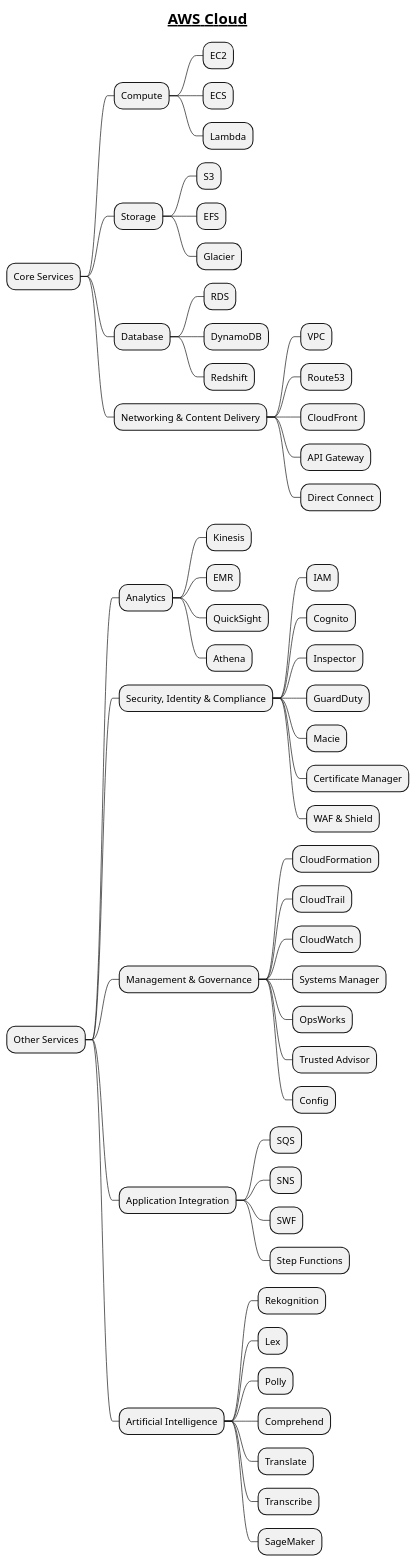
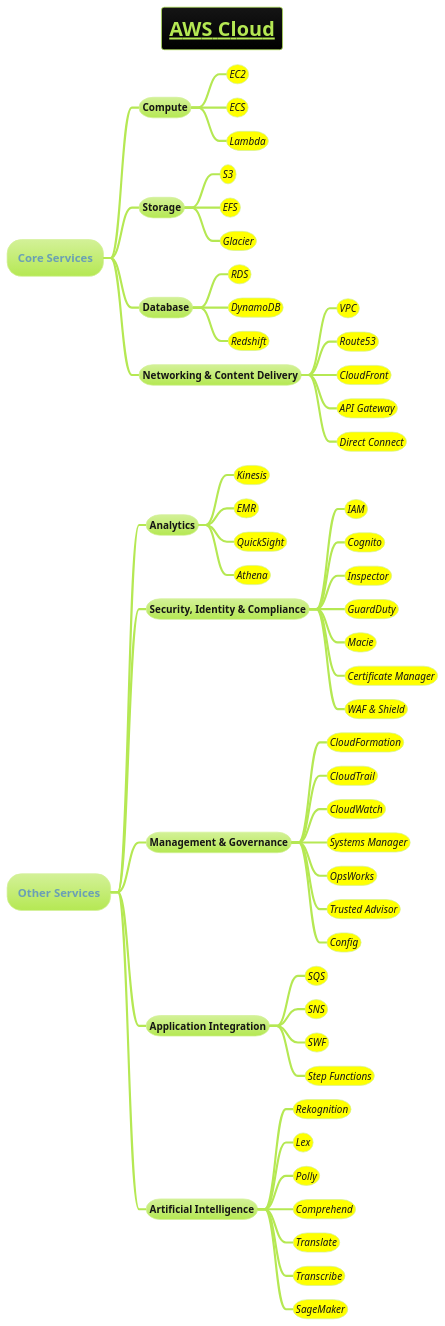
The diagram in docs/3-devops/devops-plantuml-mindmap/aws-cloud-platform.puml (MehmoodHashmi/Documentation-as-Code-DaC), drawn with PlantUML before and after one commit. The commit also changed 16 other files, not shown here.

```diff
--- a/docs/3-devops/devops-plantuml-mindmap/aws-cloud-platform.puml
+++ b/docs/3-devops/devops-plantuml-mindmap/aws-cloud-platform.puml
@@ -1,57 +1,60 @@
 @startmindmap
 title =__AWS Cloud__
+!theme hacker
+
+
 * Core Services
 ** Compute
-*** EC2
-*** ECS
-*** Lambda
+***[#yellow] ====<size:14>EC2
+***[#yellow] ====<size:14>ECS
+***[#yellow] ====<size:14>Lambda
 ** Storage
-*** S3
-*** EFS
-*** Glacier
+***[#yellow] ====<size:14>S3
+***[#yellow] ====<size:14>EFS
+***[#yellow] ====<size:14>Glacier
 ** Database
-*** RDS
-*** DynamoDB
-*** Redshift
+***[#yellow] ====<size:14>RDS
+***[#yellow] ====<size:14>DynamoDB
+***[#yellow] ====<size:14>Redshift
 ** Networking & Content Delivery
-*** VPC
-*** Route53
-*** CloudFront
-*** API Gateway
-*** Direct Connect
+***[#yellow] ====<size:14>VPC
+***[#yellow] ====<size:14>Route53
+***[#yellow] ====<size:14>CloudFront
+***[#yellow] ====<size:14>API Gateway
+***[#yellow] ====<size:14>Direct Connect
 * Other Services
 ** Analytics
-*** Kinesis
-*** EMR
-*** QuickSight
-*** Athena
+***[#yellow] ====<size:14>Kinesis
+***[#yellow] ====<size:14>EMR
+***[#yellow] ====<size:14>QuickSight
+***[#yellow] ====<size:14>Athena
 ** Security, Identity & Compliance
-*** IAM
-*** Cognito
-*** Inspector
-*** GuardDuty
-*** Macie
-*** Certificate Manager
-*** WAF & Shield
+***[#yellow] ====<size:14>IAM
+***[#yellow] ====<size:14>Cognito
+***[#yellow] ====<size:14>Inspector
+***[#yellow] ====<size:14>GuardDuty
+***[#yellow] ====<size:14>Macie
+***[#yellow] ====<size:14>Certificate Manager
+***[#yellow] ====<size:14>WAF & Shield
 ** Management & Governance
-*** CloudFormation
-*** CloudTrail
-*** CloudWatch
-*** Systems Manager
-*** OpsWorks
-*** Trusted Advisor
-*** Config
+***[#yellow] ====<size:14>CloudFormation
+***[#yellow] ====<size:14>CloudTrail
+***[#yellow] ====<size:14>CloudWatch
+***[#yellow] ====<size:14>Systems Manager
+***[#yellow] ====<size:14>OpsWorks
+***[#yellow] ====<size:14>Trusted Advisor
+***[#yellow] ====<size:14>Config
 ** Application Integration
-*** SQS
-*** SNS
-*** SWF
-*** Step Functions
+***[#yellow] ====<size:14>SQS
+***[#yellow] ====<size:14>SNS
+***[#yellow] ====<size:14>SWF
+***[#yellow] ====<size:14>Step Functions
 ** Artificial Intelligence
-*** Rekognition
-*** Lex
-*** Polly
-*** Comprehend
-*** Translate
-*** Transcribe
-*** SageMaker
+***[#yellow] ====<size:14>Rekognition
+***[#yellow] ====<size:14>Lex
+***[#yellow] ====<size:14>Polly
+***[#yellow] ====<size:14>Comprehend
+***[#yellow] ====<size:14>Translate
+***[#yellow] ====<size:14>Transcribe
+***[#yellow] ====<size:14>SageMaker
 @endmindmap
```
